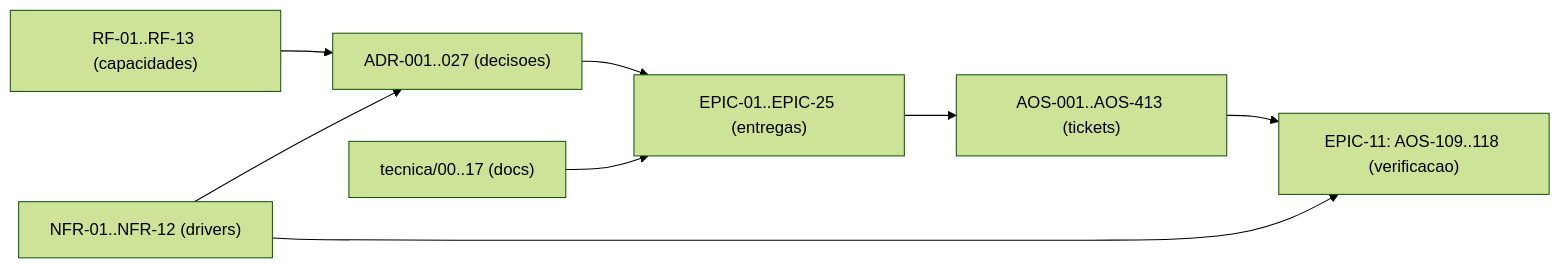
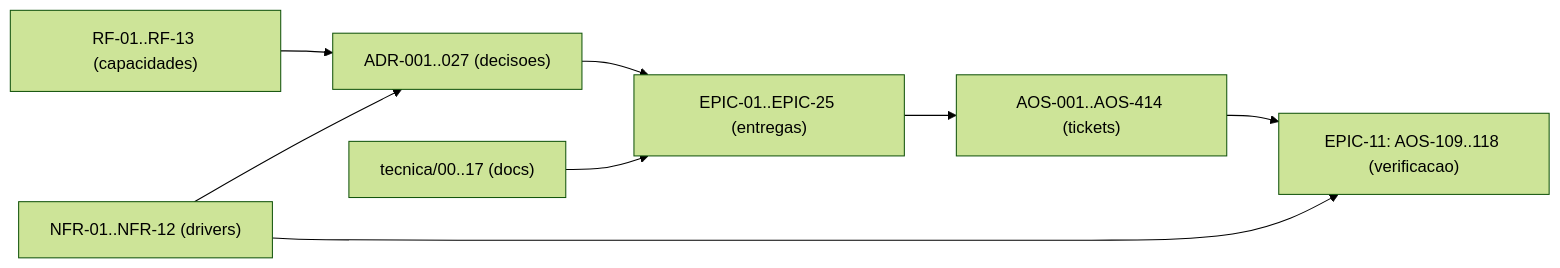
Before and after one commit to albinoJimy/aos: the diagram in tecnica/16_Rastreabilidade_RTM.md, drawn with Mermaid (forest theme). The commit also changed other lines of this file and 1 other file, not shown here.

First line of the commit message:
docs(AOS-414): os nós de um plano trocam dados por um canal de entrada marcado como untrusted (#332)

````diff
--- a/tecnica/16_Rastreabilidade_RTM.md
+++ b/tecnica/16_Rastreabilidade_RTM.md
@@ -186,10 +186,10 @@
 ```mermaid
 flowchart LR
     RF["RF-01..RF-13 (capacidades)"] --> ADR["ADR-001..027 (decisoes)"]
     NFR["NFR-01..NFR-12 (drivers)"] --> ADR
     ADR --> EPIC["EPIC-01..EPIC-25 (entregas)"]
-    EPIC --> TICK["AOS-001..AOS-413 (tickets)"]
+    EPIC --> TICK["AOS-001..AOS-414 (tickets)"]
     DOC["tecnica/00..17 (docs)"] --> EPIC
     TICK --> TEST["EPIC-11: AOS-109..118 (verificacao)"]
     NFR --> TEST
 ```
````
